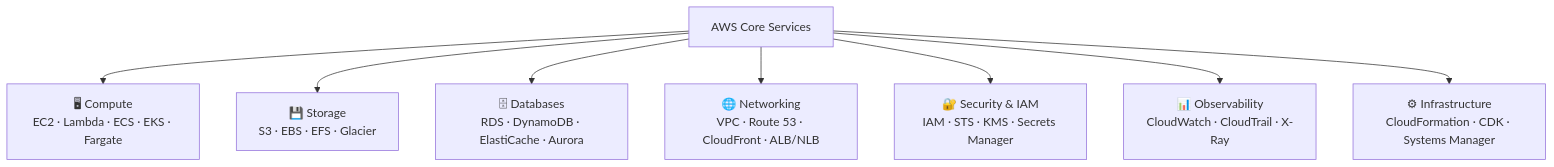
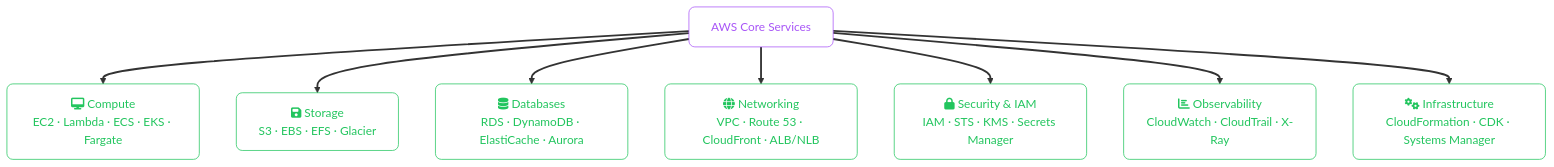
The fourth of 5 diagrams in src/content/cloud/aws/01-intro.mdx (zafarale/cloudification), drawn with Mermaid before and after one commit. The commit also changed other lines of this file and 84 other files, not shown here.

````diff
--- a/src/content/cloud/aws/01-intro.mdx
+++ b/src/content/cloud/aws/01-intro.mdx
@@ -134,14 +154,20 @@
 ```mermaid
 flowchart TD
-    AWS["AWS Core Services"]
+    accTitle: Core Service Categories
+    accDescr: Flowchart (td) showing AWS Core Services, Compute EC2 Lambda ECS EKS Fargate, Storage S3 EBS EFS Glacier
+    classDef step fill:none,stroke:#a855f7,color:#a855f7,rx:8,ry:8
+    classDef ok   fill:none,stroke:#22c55e,color:#22c55e,rx:8,ry:8
+    linkStyle default stroke-width:2.5px
 
-    COMPUTE["🖥 Compute\nEC2 · Lambda · ECS · EKS · Fargate"]
-    STORAGE["💾 Storage\nS3 · EBS · EFS · Glacier"]
-    DB["🗄 Databases\nRDS · DynamoDB · ElastiCache · Aurora"]
-    NET["🌐 Networking\nVPC · Route 53 · CloudFront · ALB/NLB"]
-    IAM_BOX["🔐 Security & IAM\nIAM · STS · KMS · Secrets Manager"]
-    OBS["📊 Observability\nCloudWatch · CloudTrail · X-Ray"]
-    INFRA["⚙ Infrastructure\nCloudFormation · CDK · Systems Manager"]
+    AWS["AWS Core Services"]:::step
+
+    COMPUTE["fa:fa-desktop Compute<br/>EC2 · Lambda · ECS · EKS · Fargate"]:::ok
+    STORAGE["fa:fa-floppy-disk Storage<br/>S3 · EBS · EFS · Glacier"]:::ok
+    DB["fa:fa-database Databases<br/>RDS · DynamoDB · ElastiCache · Aurora"]:::ok
+    NET["fa:fa-globe Networking<br/>VPC · Route 53 · CloudFront · ALB/NLB"]:::ok
+    IAM_BOX["fa:fa-lock Security & IAM<br/>IAM · STS · KMS · Secrets Manager"]:::ok
+    OBS["fa:fa-chart-bar Observability<br/>CloudWatch · CloudTrail · X-Ray"]:::ok
+    INFRA["fa:fa-gears Infrastructure<br/>CloudFormation · CDK · Systems Manager"]:::ok
 
     AWS --> COMPUTE & STORAGE & DB & NET & IAM_BOX & OBS & INFRA
 ```
````
